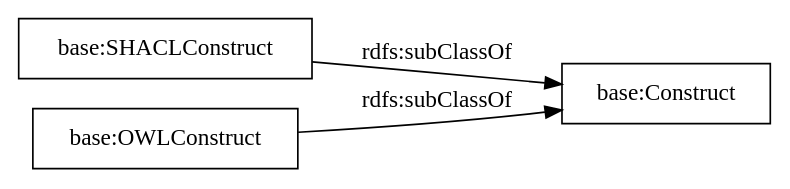
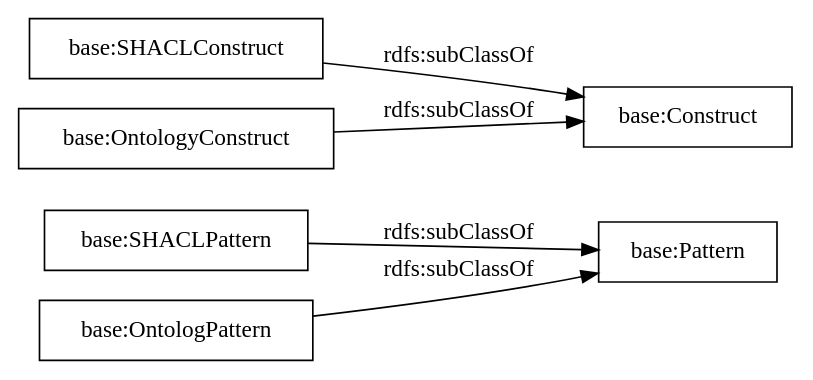
One commit to albaizq/astrea-ontology changed the diagram in OnToology/ontology.owl/diagrams/ar2dtool-taxonomy/ontology.owl.png.dot. Above: the diagram before and after it, drawn with Graphviz. The commit also changed 12 other files, not shown here.

```diff
--- a/OnToology/ontology.owl/diagrams/ar2dtool-taxonomy/ontology.owl.png.dot
+++ b/OnToology/ontology.owl/diagrams/ar2dtool-taxonomy/ontology.owl.png.dot
@@ -1,8 +1,10 @@
 digraph ar2dtool_diagram { 
 rankdir=LR;
 size="1000"
-node [shape = rectangle, color="black"]; "base:SHACLConstruct" "base:OWLConstruct" "base:Construct" ; /*classes style*/
+node [shape = rectangle, color="black"]; "base:SHACLPattern" "base:SHACLConstruct" "base:Pattern" "base:OntologyConstruct" "base:OntologPattern" "base:Construct" ; /*classes style*/
+	"base:OntologyConstruct" -> "base:Construct" [ label = "rdfs:subClassOf" ];
+	"base:OntologPattern" -> "base:Pattern" [ label = "rdfs:subClassOf" ];
+	"base:SHACLPattern" -> "base:Pattern" [ label = "rdfs:subClassOf" ];
 	"base:SHACLConstruct" -> "base:Construct" [ label = "rdfs:subClassOf" ];
-	"base:OWLConstruct" -> "base:Construct" [ label = "rdfs:subClassOf" ];
 
 }
```
